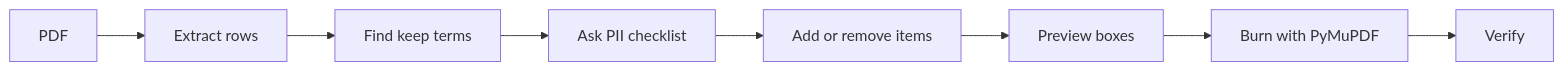
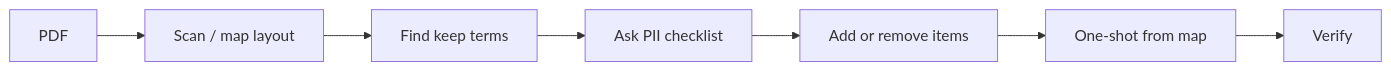
The diagram in README.md (mrdulasolutions/redactus), drawn with Mermaid before and after one commit. The commit also changed other lines of this file and 10 other files, not shown here.

````diff
--- a/README.md
+++ b/README.md
@@ -24,10 +25,9 @@
 ```mermaid
 flowchart LR
-  A[PDF] --> B[Extract rows]
+  A[PDF] --> B[Scan / map layout]
   B --> C[Find keep terms]
   C --> D[Ask PII checklist]
   D --> E[Add or remove items]
-  E --> F[Preview boxes]
-  F --> G[Burn with PyMuPDF]
-  G --> H[Verify]
+  E --> F[One-shot from map]
+  F --> G[Verify]
 ```
````
